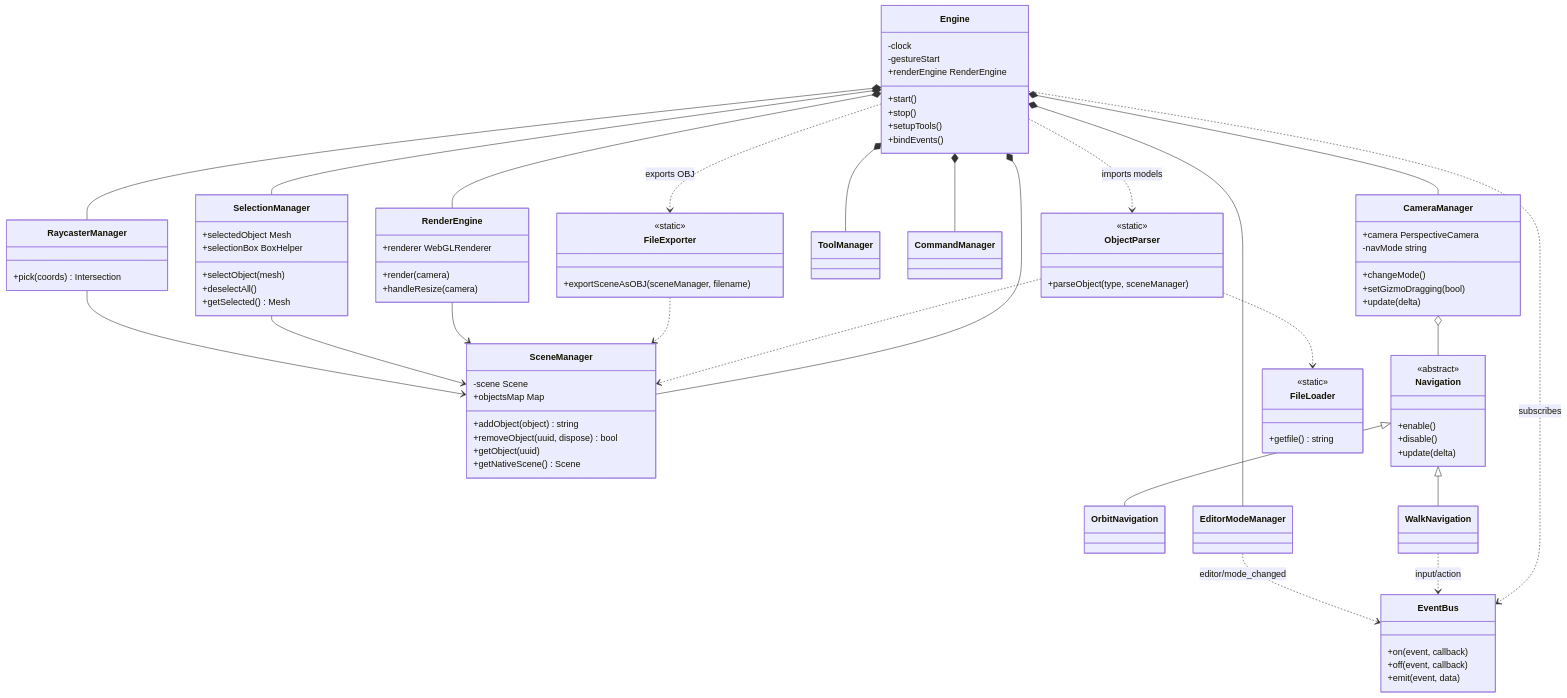
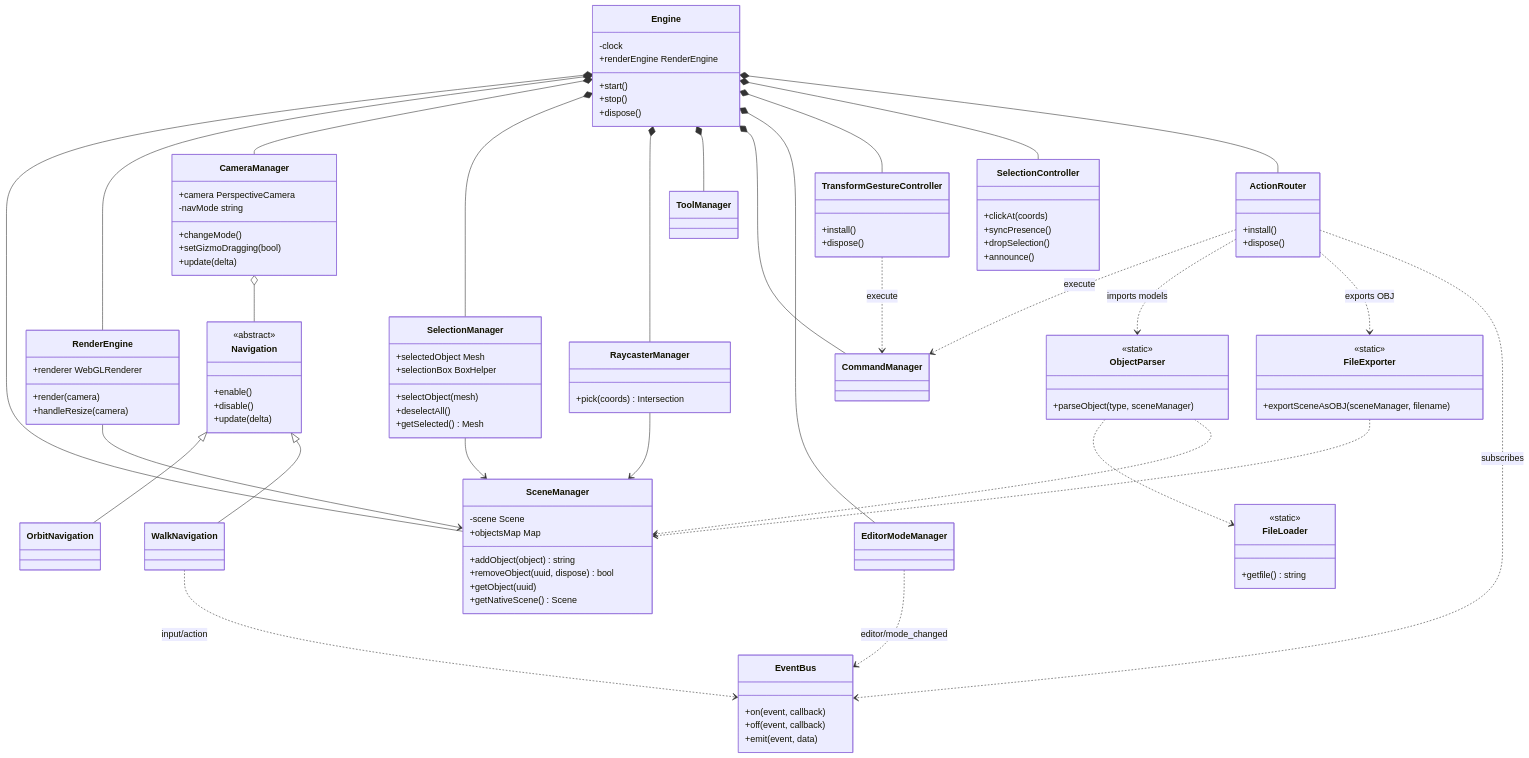
The first of 5 diagrams in frontend/docs/architecture.md (ssugary/BlenderPDS), drawn with Mermaid before and after one commit. The commit also changed other lines of this file and 5 other files, not shown here.

```diff
--- a/frontend/docs/architecture.md
+++ b/frontend/docs/architecture.md
@@ -12,12 +12,24 @@
 
 class Engine {
     -clock
-    -gestureStart
     +renderEngine RenderEngine
     +start()
     +stop()
-    +setupTools()
-    +bindEvents()
+    +dispose()
+}
+class TransformGestureController {
+    +install()
+    +dispose()
+}
+class SelectionController {
+    +clickAt(coords)
+    +syncPresence()
+    +dropSelection()
+    +announce()
+}
+class ActionRouter {
+    +install()
+    +dispose()
 }
 class SceneManager {
     -scene Scene
@@ -86,9 +98,14 @@
 Engine *-- ToolManager
 Engine *-- CommandManager
 Engine *-- EditorModeManager
-Engine ..> ObjectParser : imports models
-Engine ..> FileExporter : exports OBJ
-Engine ..> EventBus : subscribes
+Engine *-- TransformGestureController
+Engine *-- SelectionController
+Engine *-- ActionRouter
+TransformGestureController ..> CommandManager : execute
+ActionRouter ..> CommandManager : execute
+ActionRouter ..> ObjectParser : imports models
+ActionRouter ..> FileExporter : exports OBJ
+ActionRouter ..> EventBus : subscribes
 ObjectParser ..> FileLoader
 ObjectParser ..> SceneManager
 FileExporter ..> SceneManager
```
